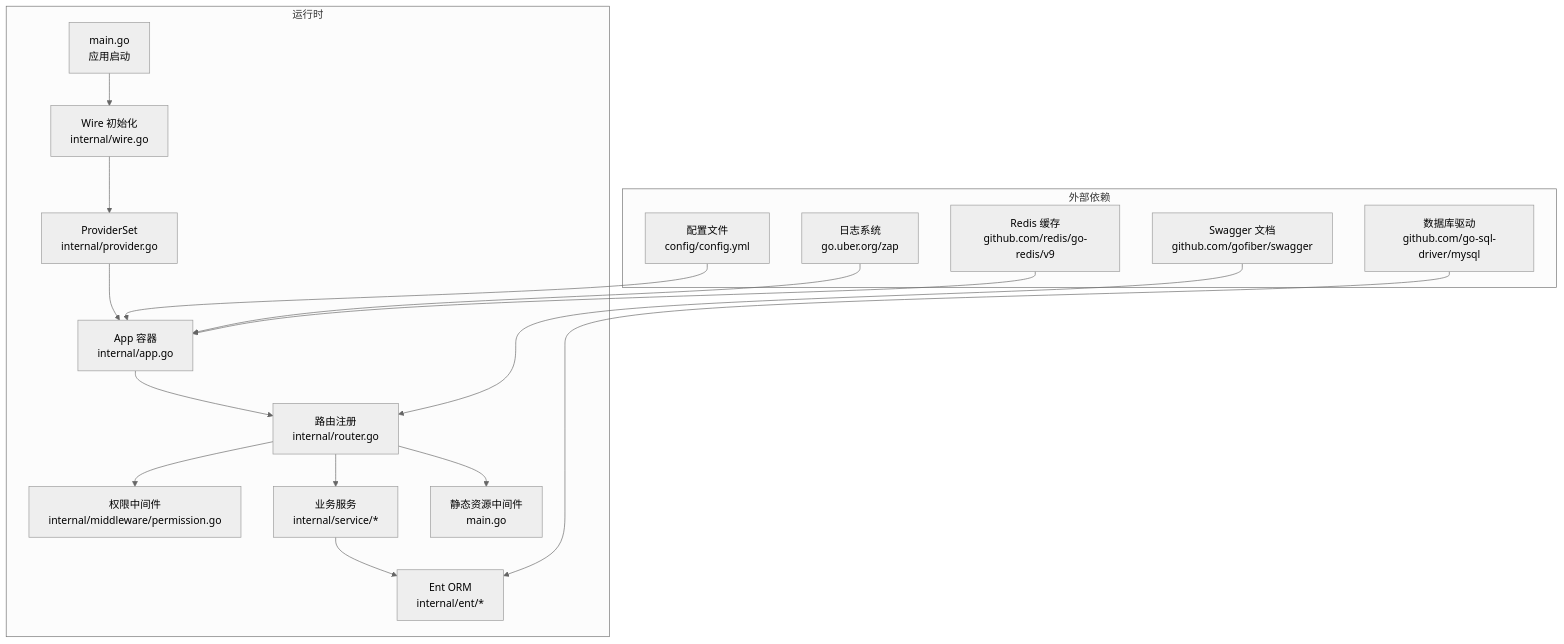
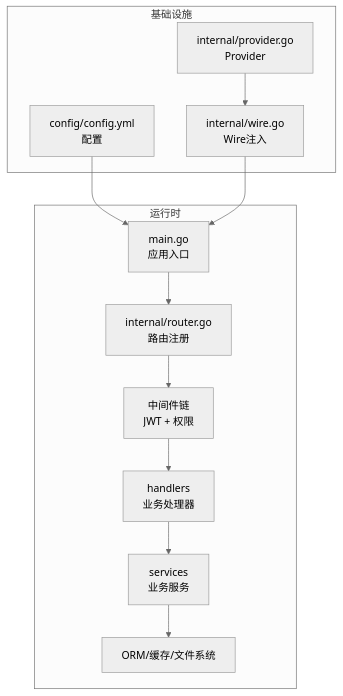
The second of 8 diagrams in .qoder/repowiki/zh/content/开发指南/开发指南.md (wuwuseo/e-sports-go-admin), drawn with Mermaid (neutral theme) before and after one commit. The commit also changed other lines of this file and 115 other files, not shown here.

````diff
--- a/.qoder/repowiki/zh/content/开发指南/开发指南.md
+++ b/.qoder/repowiki/zh/content/开发指南/开发指南.md
@@ -96,25 +86,18 @@
 ```mermaid
 graph TB
 subgraph "运行时"
-M["main.go<br/>应用启动"] --> W["Wire 初始化<br/>internal/wire.go"]
-W --> P["ProviderSet<br/>internal/provider.go"]
-P --> A["App 容器<br/>internal/app.go"]
-A --> R["路由注册<br/>internal/router.go"]
-R --> MW["权限中间件<br/>internal/middleware/permission.go"]
-R --> S["业务服务<br/>internal/service/*"]
-S --> DB["Ent ORM<br/>internal/ent/*"]
-R --> FS["静态资源中间件<br/>main.go"]
+M["main.go<br/>应用入口"] --> R["internal/router.go<br/>路由注册"]
+R --> MW["中间件链<br/>JWT + 权限"]
+MW --> H["handlers<br/>业务处理器"]
+H --> S["services<br/>业务服务"]
+S --> O["ORM/缓存/文件系统"]
 end
-subgraph "外部依赖"
-CFG["配置文件<br/>config/config.yml"]
-LOG["日志系统<br/>go.uber.org/zap"]
-DBE["数据库驱动<br/>github.com/go-sql-driver/mysql"]
-REDIS["Redis 缓存<br/>github.com/redis/go-redis/v9"]
-SWAG["Swagger 文档<br/>github.com/gofiber/swagger"]
+subgraph "基础设施"
+CFG["config/config.yml<br/>配置"]
+W["internal/wire.go<br/>Wire注入"]
+P["internal/provider.go<br/>Provider"]
 end
-CFG --> A
-LOG --> A
-DBE --> DB
-REDIS --> A
-SWAG --> R
+CFG --> M
+W --> M
+P --> W
 ```
````
